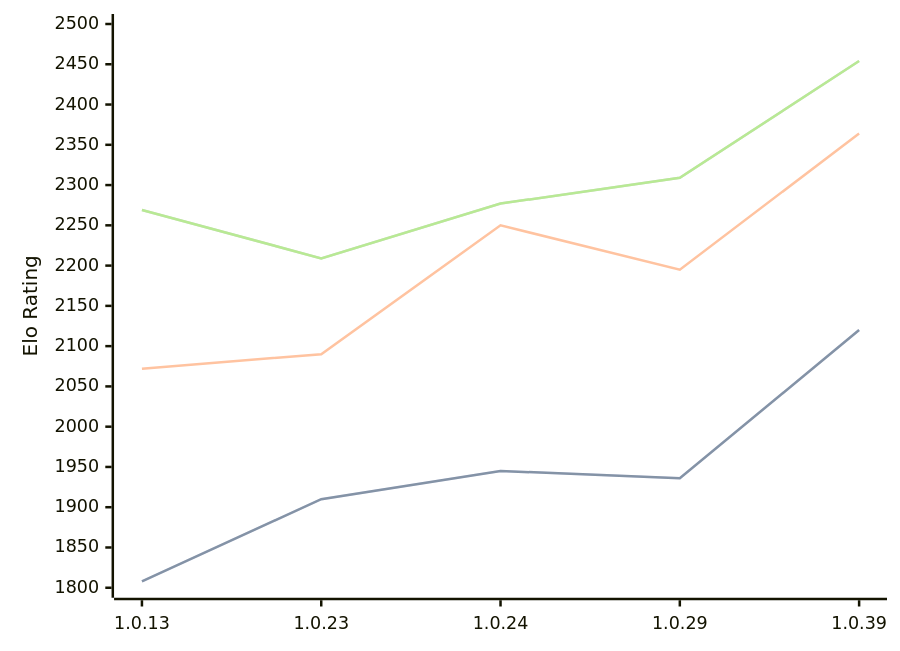
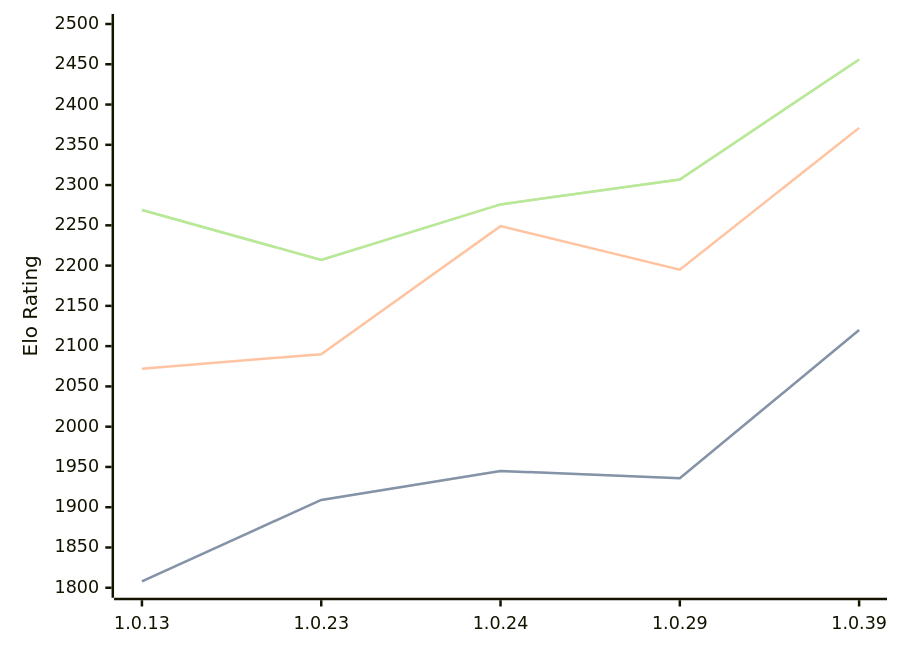
Before and after one commit to computer-chess-index/cci: the diagram in engines/RustyRival.md, drawn with Mermaid. The commit also changed other lines of this file, not shown here.

Commit message:
Update CCI Ratings (ELO VLTC) - 2026-04-28

````diff
--- a/engines/RustyRival.md
+++ b/engines/RustyRival.md
@@ -68,11 +68,11 @@
 ```mermaid
 %%{init: {"theme":"base","themeVariables":{"seriesColors:['#a3a3a3','#222221','#faa371']}}}%%
 xychart-beta
   x-axis ["1.0.13", "1.0.23", "1.0.24", "1.0.29", "1.0.39"]
   y-axis "Elo Rating" 1800 --> 2500
-  line "STC (8.0+0.08s)" [1808, 1910, 1945, 1936, 2120]
-  line "STC (8.0+0.08s)" [1808, 1910, 1945, 1936, 2120]
-  line "LTC (60.0+0.60s)" [2072, 2090, 2250, 2195, 2364]
-  line "VLTC (2m24s+1.12s)" [2269, 2209, 2277, 2309, 2454]
-  line "VLTC (2m24s+1.12s)" [2269, 2209, 2277, 2309, 2454]
+  line "STC (8.0+0.08s)" [1808, 1909, 1945, 1936, 2120]
+  line "STC (8.0+0.08s)" [1808, 1909, 1945, 1936, 2120]
+  line "LTC (60.0+0.60s)" [2072, 2090, 2249, 2195, 2371]
+  line "VLTC (2m24s+1.12s)" [2269, 2207, 2276, 2307, 2456]
+  line "VLTC (2m24s+1.12s)" [2269, 2207, 2276, 2307, 2456]
 ```
````
